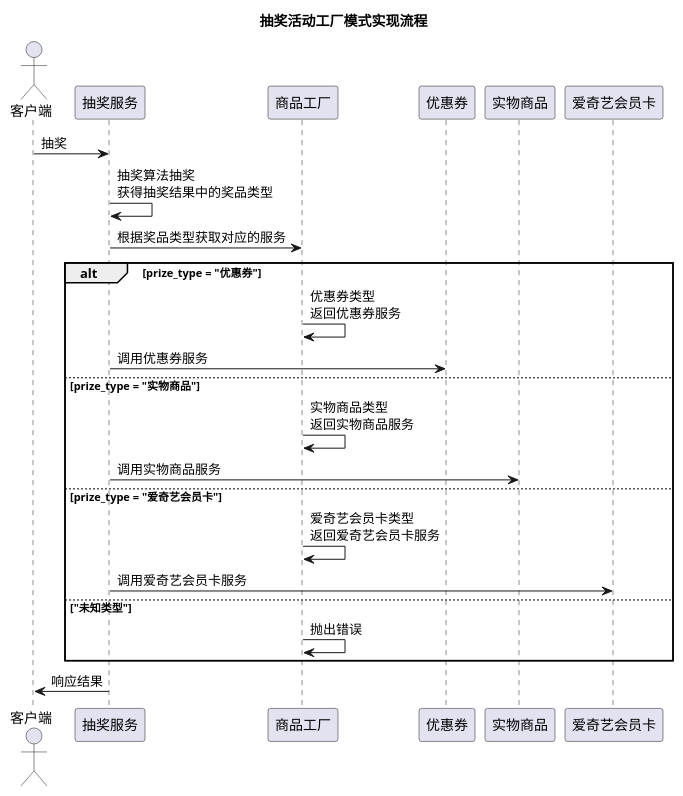
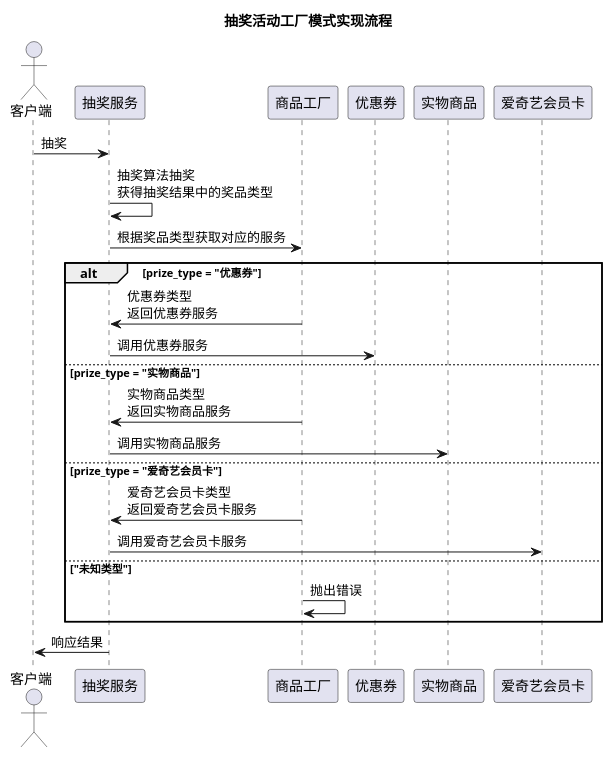
One commit to L-curiosity/design-pattern changed the diagram in plantUml/工厂模式002.puml. Above: the diagram before and after it, drawn with PlantUML. The commit also changed 1 other file, not shown here.

Commit message:
style: 修改流程图

```diff
--- a/plantUml/工厂模式002.puml
+++ b/plantUml/工厂模式002.puml
@@ -1,28 +1,28 @@
 @startuml
 title 抽奖活动工厂模式实现流程
 
 actor 客户端
 participant "抽奖服务" as LotteryService
 participant "商品工厂" as StoreFactory
 participant "优惠券" as CouponService
 participant "实物商品" as GoodsService
 participant "爱奇艺会员卡" as IQiYiCardService
 
 客户端 -> LotteryService: 抽奖
 LotteryService -> LotteryService: 抽奖算法抽奖\n获得抽奖结果中的奖品类型
 LotteryService -> StoreFactory: 根据奖品类型获取对应的服务
 alt prize_type = "优惠券"
-   StoreFactory -> StoreFactory: 优惠券类型\n返回优惠券服务
+   StoreFactory -> LotteryService: 优惠券类型\n返回优惠券服务
    LotteryService -> CouponService: 调用优惠券服务
 else prize_type = "实物商品"
-   StoreFactory -> StoreFactory: 实物商品类型\n返回实物商品服务
+   StoreFactory -> LotteryService: 实物商品类型\n返回实物商品服务
    LotteryService -> GoodsService: 调用实物商品服务
 else prize_type = "爱奇艺会员卡"
-  StoreFactory -> StoreFactory: 爱奇艺会员卡类型\n返回爱奇艺会员卡服务
+  StoreFactory -> LotteryService: 爱奇艺会员卡类型\n返回爱奇艺会员卡服务
   LotteryService -> IQiYiCardService: 调用爱奇艺会员卡服务
 else "未知类型"
   StoreFactory -> StoreFactory: 抛出错误
 end
 
 LotteryService -> 客户端: 响应结果
 @enduml
```
